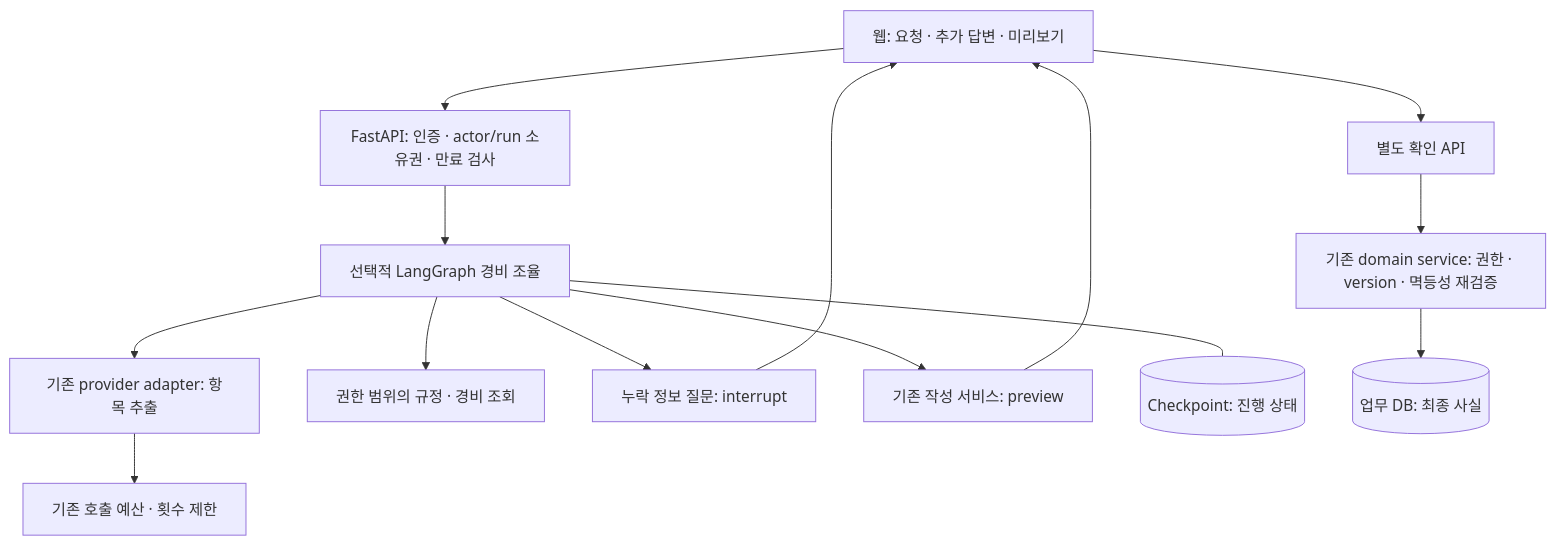
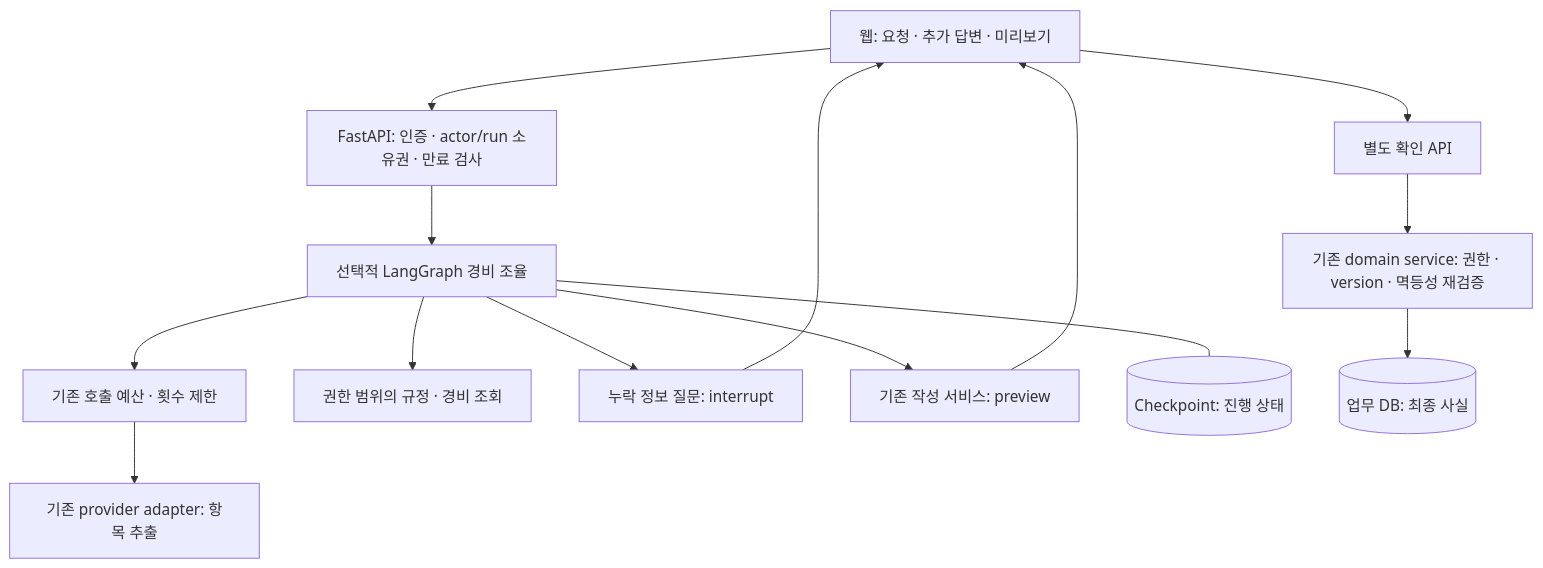
The diagram in docs/learning/langchain-langgraph-2026-10-26.md (tykimdream/JHWorks-AI-Groupware), drawn with Mermaid before and after one commit.

Commit message:
docs: show budget guard before model invocation

````diff
--- a/docs/learning/langchain-langgraph-2026-10-26.md
+++ b/docs/learning/langchain-langgraph-2026-10-26.md
@@ -69,16 +69,16 @@
 ```mermaid
 flowchart TD
     UI[웹: 요청 · 추가 답변 · 미리보기] --> API[FastAPI: 인증 · actor/run 소유권 · 만료 검사]
     API --> G[선택적 LangGraph 경비 조율]
-    G --> Extract[기존 provider adapter: 항목 추출]
-    Extract --> Budget[기존 호출 예산 · 횟수 제한]
+    G --> Budget[기존 호출 예산 · 횟수 제한]
+    Budget --> Extract[기존 provider adapter: 항목 추출]
     G --> Read[권한 범위의 규정 · 경비 조회]
     G --> Pause[누락 정보 질문: interrupt]
     Pause --> UI
     G --> Preview[기존 작성 서비스: preview]
     G --- CP[(Checkpoint: 진행 상태)]
     Preview --> UI
     UI --> Confirm[별도 확인 API]
     Confirm --> Domain[기존 domain service: 권한 · version · 멱등성 재검증]
     Domain --> DB[(업무 DB: 최종 사실)]
 ```
````
